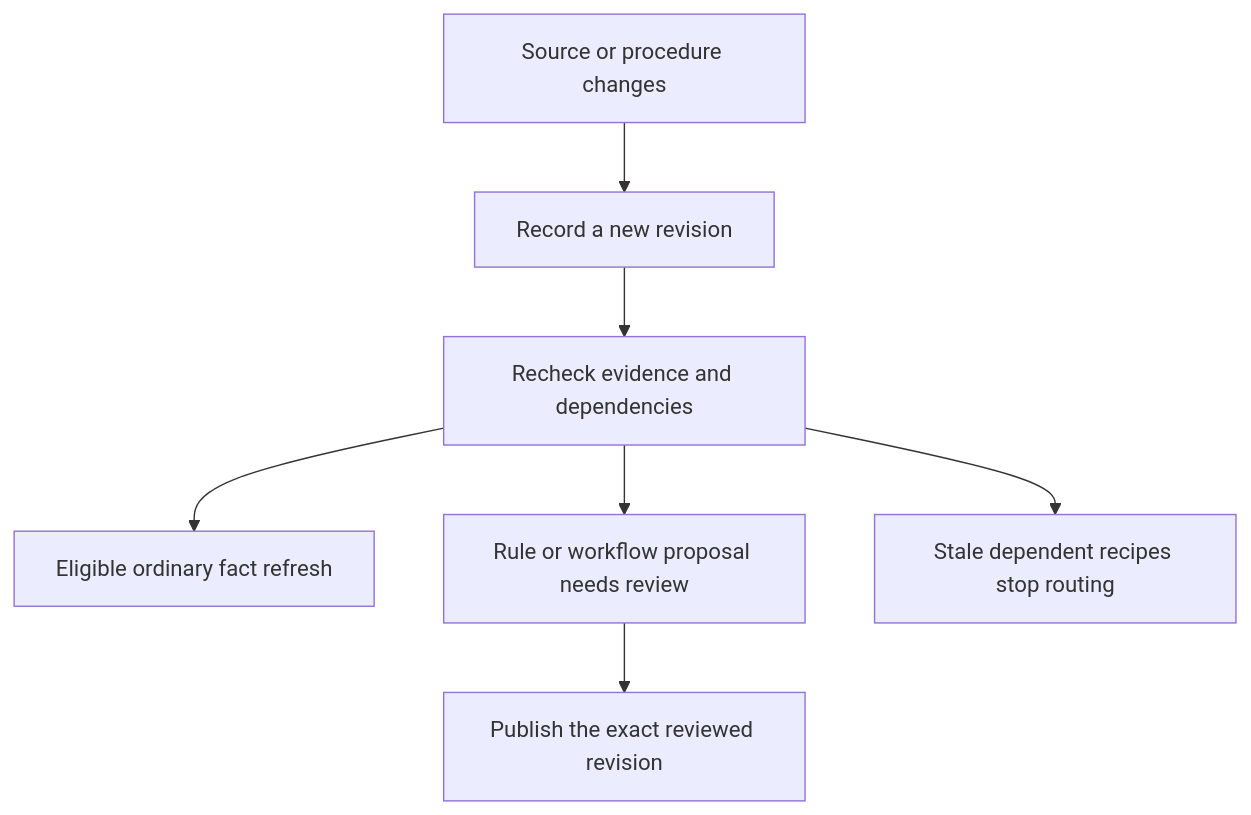
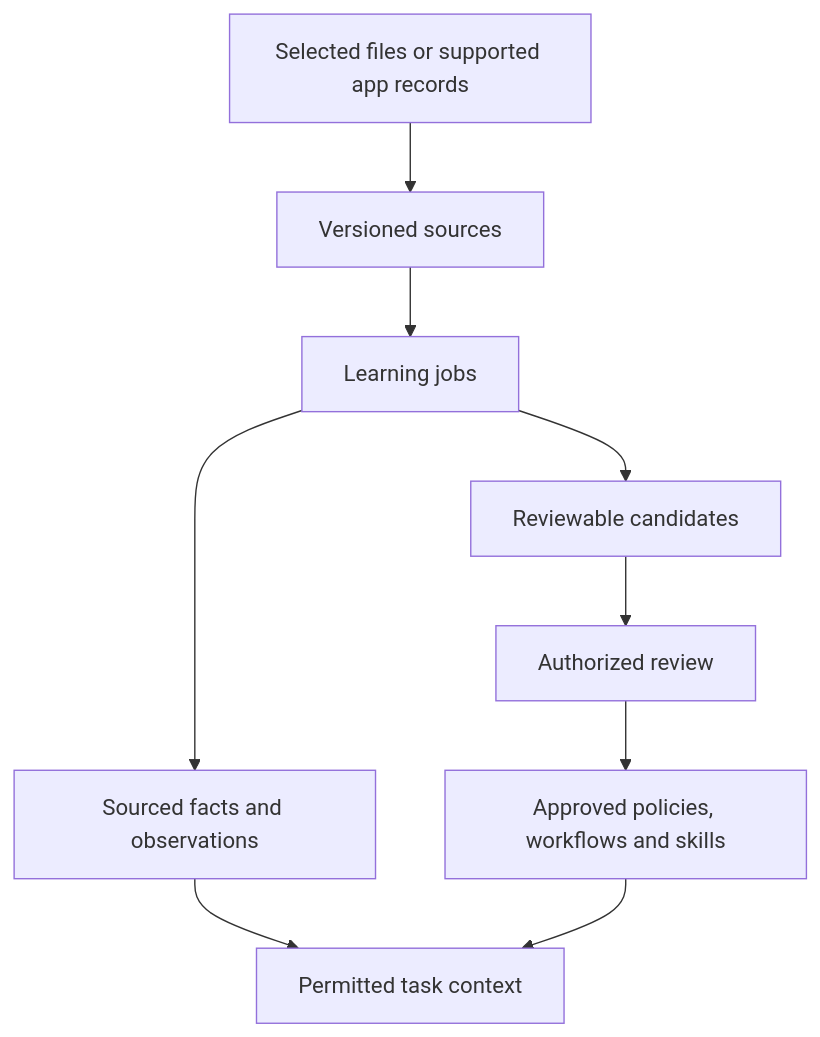
The diagram in docs/diagrams/overview-6.mmd (Atmet-AI/Atmet-brain), drawn with Mermaid before and after one commit. The commit also changed 16 other files, not shown here.

```diff
--- a/docs/diagrams/overview-6.mmd
+++ b/docs/diagrams/overview-6.mmd
@@ -1,7 +1,9 @@
 flowchart TB
-    Change["Source or procedure changes"] --> Version["Record a new revision"]
-    Version --> Check["Recheck evidence and dependencies"]
-    Check --> Fact["Eligible ordinary fact refresh"]
-    Check --> Review["Rule or workflow proposal needs review"]
-    Review --> Publish["Publish the exact reviewed revision"]
-    Check --> Pause["Stale dependent recipes stop routing"]
+    Selected["Selected files or supported app records"] --> Sources["Versioned sources"]
+    Sources --> Jobs["Learning jobs"]
+    Jobs --> Memory["Sourced facts and observations"]
+    Jobs --> Drafts["Reviewable candidates"]
+    Drafts --> Review["Authorized review"]
+    Review --> Approved["Approved policies, workflows and skills"]
+    Memory --> Context["Permitted task context"]
+    Approved --> Context
```
